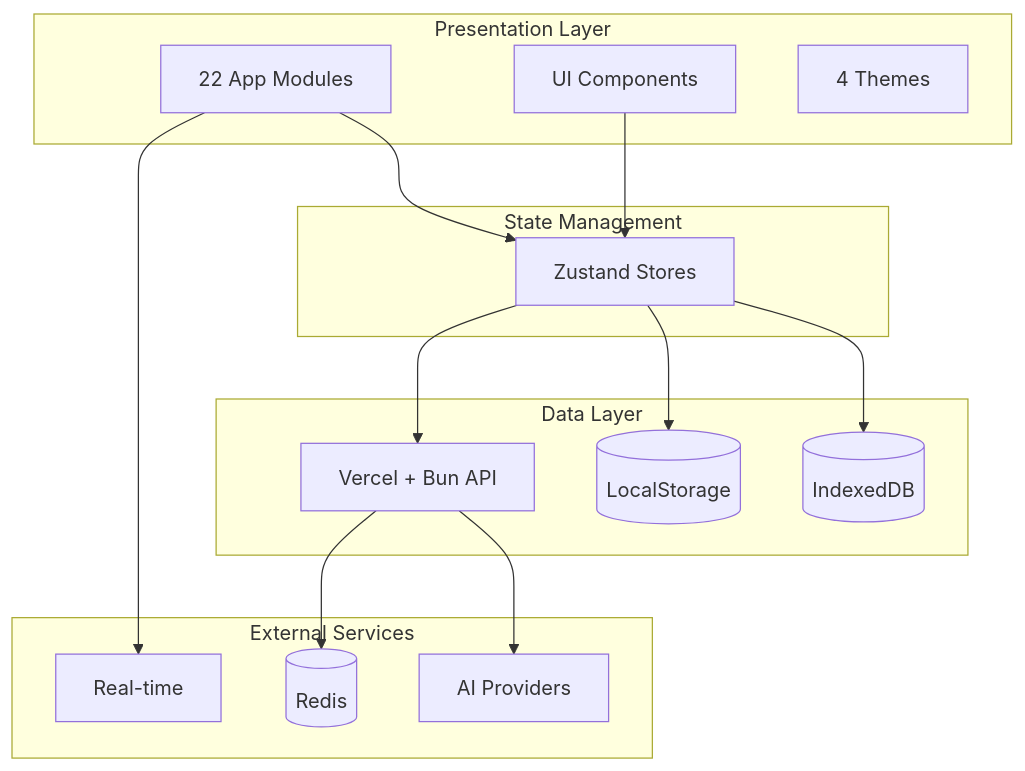
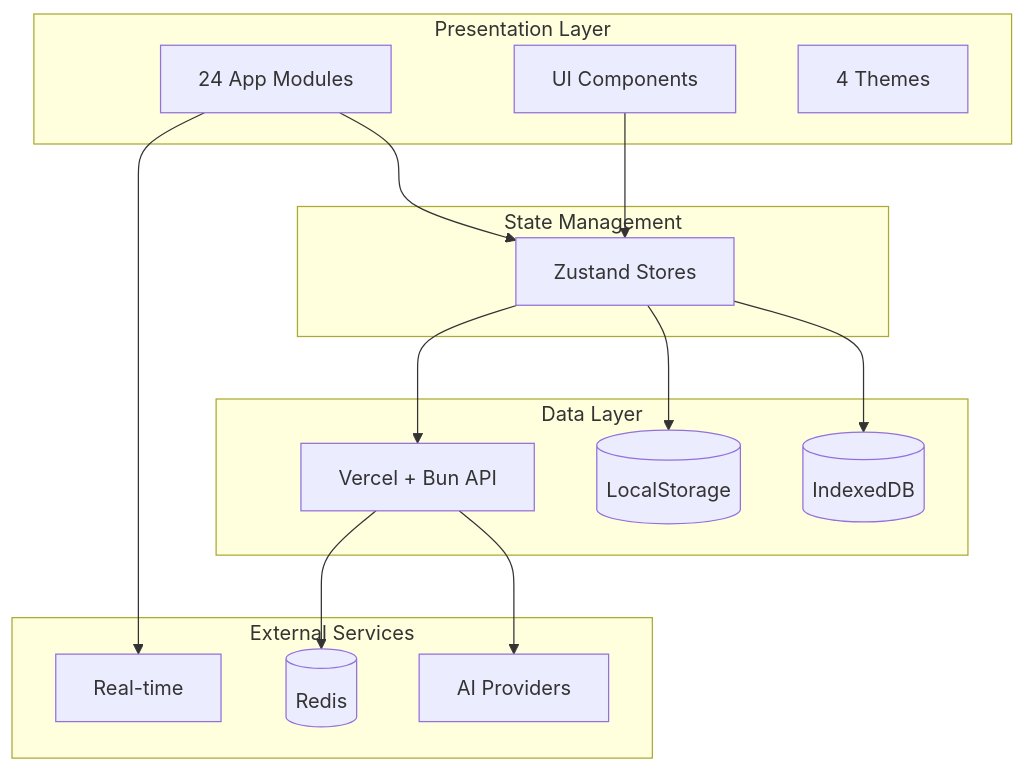
Before and after one commit to ryokun6/ryos: the diagram in docs/1-overview.md, drawn with Mermaid. The commit also changed other lines of this file and 66 other files, not shown here.

````diff
--- a/docs/1-overview.md
+++ b/docs/1-overview.md
@@ -7,33 +7,33 @@
 ```mermaid
 graph TB
     subgraph Presentation["Presentation Layer"]
-        Apps[22 App Modules]
+        Apps[24 App Modules]
         UI[UI Components]
         Themes[4 Themes]
     end
     
     subgraph State["State Management"]
         Zustand[Zustand Stores]
     end
     
     subgraph Data["Data Layer"]
         IndexedDB[(IndexedDB)]
         LocalStorage[(LocalStorage)]
         API[Vercel + Bun API]
     end
     
     subgraph External["External Services"]
         AI[AI Providers]
         Pusher[Real-time]
         Redis[(Redis)]
     end
     
     Apps --> Zustand
     UI --> Zustand
     Zustand --> IndexedDB
     Zustand --> LocalStorage
     Zustand --> API
     API --> AI
     API --> Redis
     Apps --> Pusher
 ```
````
